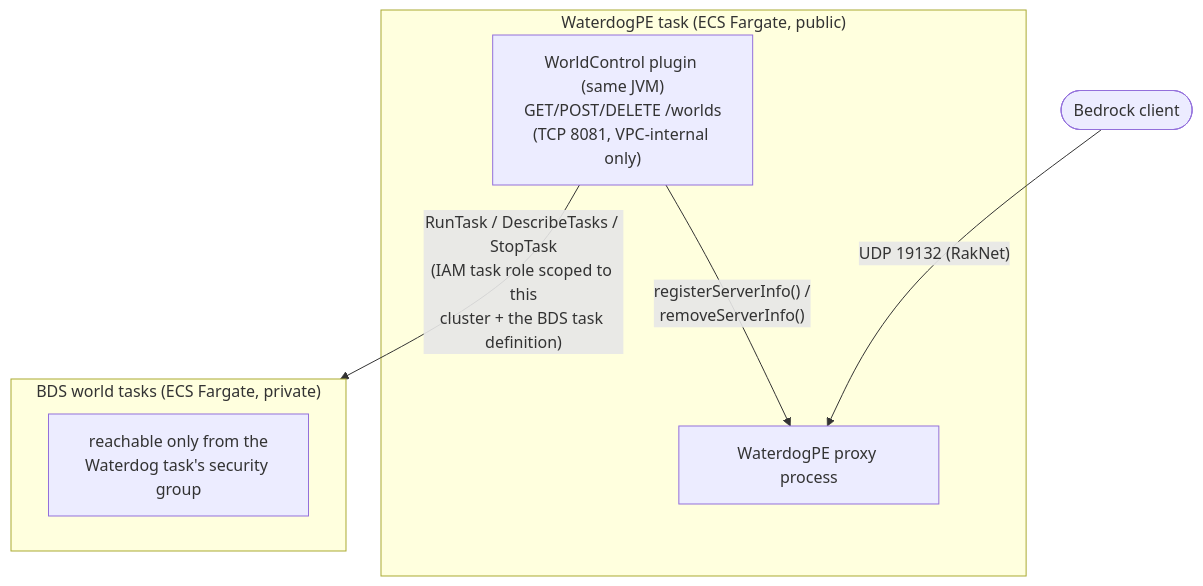
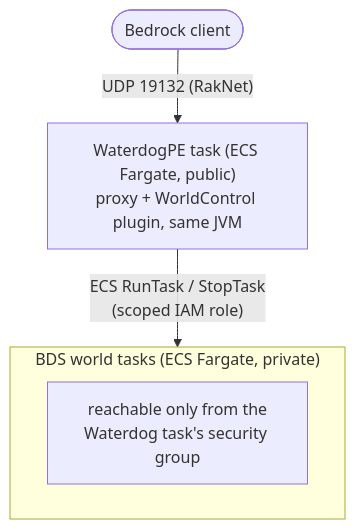
The first of 2 diagrams in README.md (gollilla/MultiWorldBDS), drawn with Mermaid before and after one commit. The commit also changed other lines of this file, not shown here.

Commit message:
Simplify the architecture diagram
Collapsed WaterdogPE and WorldControl into a single node (they're one
process; the previous two-boxes-with-an-arrow layout read as if
WorldControl called into Waterdog over some external channel, when
registerServerInfo()/removeServerInfo() are just in-process method
calls) and cut the per-node detail text down to what actually needs to
be in the picture - the rest already lives in the Layout section's prose.

````diff
--- a/README.md
+++ b/README.md
@@ -26,16 +26,12 @@
 ```mermaid
 flowchart TD
-    Client(["Bedrock client"]) -->|"UDP 19132 (RakNet)"| Proxy
+    Client(["Bedrock client"]) -->|"UDP 19132 (RakNet)"| WaterdogTask
 
-    subgraph WaterdogTask["WaterdogPE task (ECS Fargate, public)"]
-        Proxy["WaterdogPE proxy process"]
-        Plugin["WorldControl plugin (same JVM)<br/>GET/POST/DELETE /worlds<br/>(TCP 8081, VPC-internal only)"]
-        Plugin -->|"registerServerInfo() /<br/>removeServerInfo()"| Proxy
-    end
+    WaterdogTask["WaterdogPE task (ECS Fargate, public)<br/>proxy + WorldControl plugin, same JVM"]
 
-    Plugin -->|"RunTask / DescribeTasks / StopTask<br/>(IAM task role scoped to this<br/>cluster + the BDS task definition)"| BdsTasks
+    WaterdogTask -->|"ECS RunTask / StopTask<br/>(scoped IAM role)"| BdsTasks
 
     subgraph BdsTasks["BDS world tasks (ECS Fargate, private)"]
         World["reachable only from the<br/>Waterdog task's security group"]
     end
 ```
````
